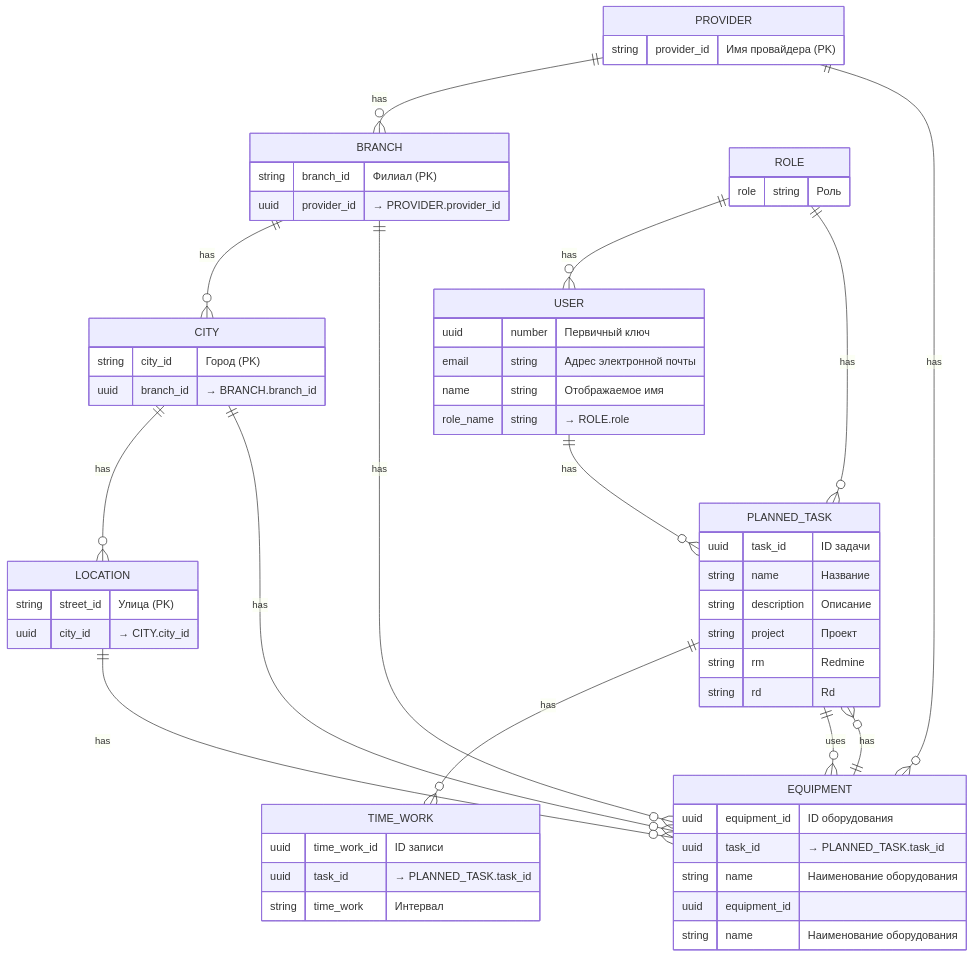
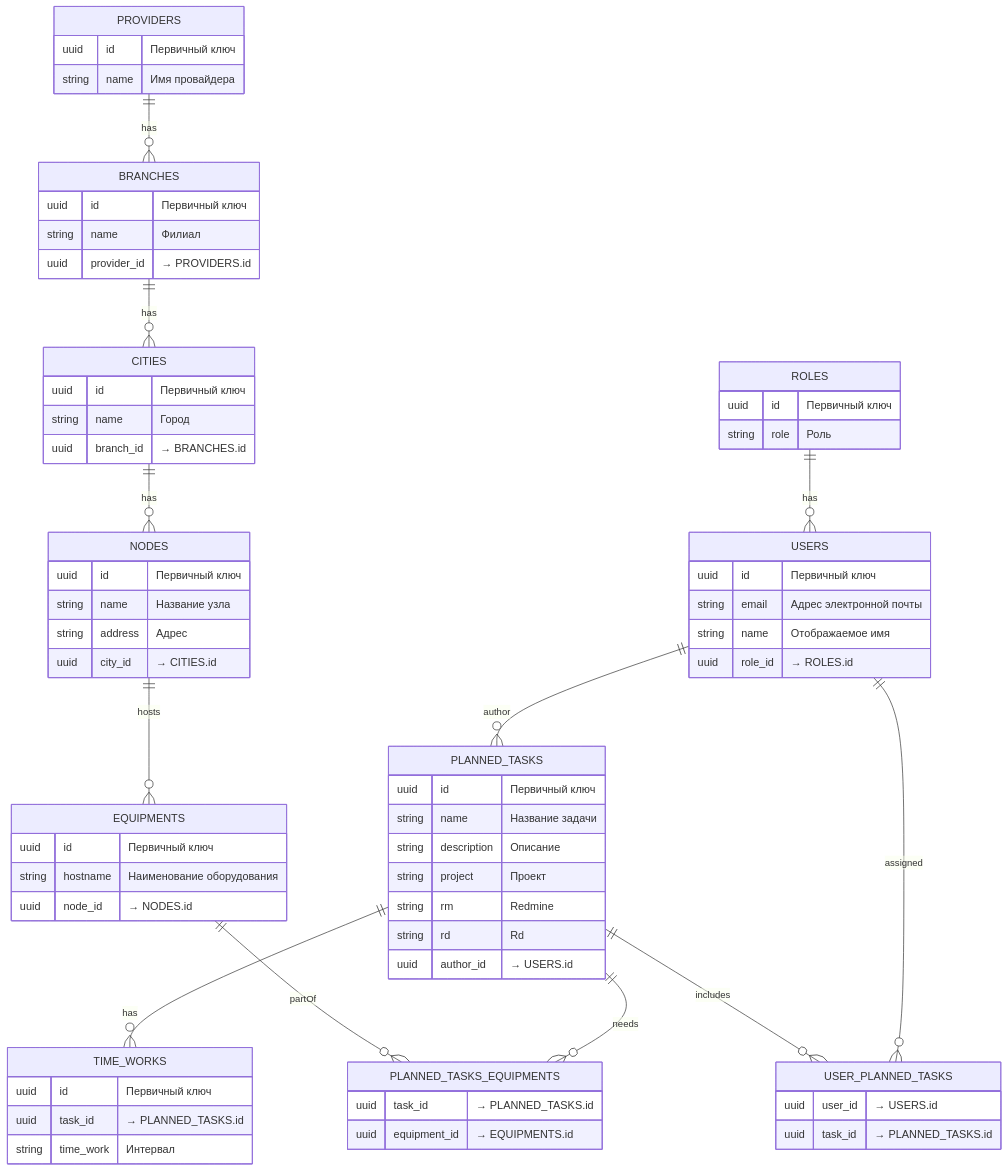
One commit to yushachkov01/new_ntPlanner changed the diagram in project-schemas/hasuraScheme.md. Above: the diagram before and after it, drawn with Mermaid.

Commit message:
Исправил схему хасуры

````diff
--- a/project-schemas/hasuraScheme.md
+++ b/project-schemas/hasuraScheme.md
@@ -3,79 +3,90 @@
 ```mermaid
 erDiagram
-    PLANNED_TASK {
-        uuid task_id      "ID задачи"
-        string name         "Название"
-        string description  "Описание"
-        string project      "Проект"
-        string rm           "Redmine"
-        string rd           "Rd"
+    PROVIDERS {
+        uuid   id   "Первичный ключ"
+        string name "Имя провайдера"
     }
 
-    TIME_WORK {
-        uuid time_work_id "ID записи"
-        uuid task_id      "→ PLANNED_TASK.task_id"
-        string time_work    "Интервал "
+    BRANCHES {
+        uuid   id          "Первичный ключ"
+        string name        "Филиал"
+        uuid   provider_id "→ PROVIDERS.id"
     }
 
-    EQUIPMENT {
-        uuid equipment_id "ID оборудования"
-        uuid task_id      "→ PLANNED_TASK.task_id"
-        string name         "Наименование оборудования"
+    CITIES {
+        uuid   id        "Первичный ключ"
+        string name      "Город"
+        uuid   branch_id "→ BRANCHES.id"
     }
 
-    %% связи «1 ко многим»
-    PLANNED_TASK ||--o{ TIME_WORK : has
-    PLANNED_TASK ||--o{ EQUIPMENT : uses
-    EQUIPMENT ||--o{ PLANNED_TASK : has
+    NODES {
+        uuid   id      "Первичный ключ"
+        string name    "Название узла"
+        string address "Адрес"
+        uuid   city_id "→ CITIES.id"
+    }
+
+    EQUIPMENTS {
+        uuid   id       "Первичный ключ"
+        string hostname "Наименование оборудования"
+        uuid   node_id  "→ NODES.id"
+    }
+
+    PLANNED_TASKS {
+        uuid   id          "Первичный ключ"
+        string name        "Название задачи"
+        string description "Описание"
+        string project     "Проект"
+        string rm          "Redmine"
+        string rd          "Rd"
+        uuid   author_id   "→ USERS.id"
+    }
+
+    TIME_WORKS {
+        uuid   id       "Первичный ключ"
+        uuid   task_id  "→ PLANNED_TASKS.id"
+        string time_work "Интервал"
+    }
+
+    USERS {
+        uuid   id      "Первичный ключ"
+        string email   "Адрес электронной почты"
+        string name    "Отображаемое имя"
+        uuid   role_id "→ ROLES.id"
+    }
+
+    ROLES {
+        uuid   id   "Первичный ключ"
+        string role "Роль"
+    }
+
+    USER_PLANNED_TASKS {
+        uuid user_id "→ USERS.id"
+        uuid task_id "→ PLANNED_TASKS.id"
+    }
+
+    PLANNED_TASKS_EQUIPMENTS {
+        uuid task_id      "→ PLANNED_TASKS.id"
+        uuid equipment_id "→ EQUIPMENTS.id"
+    }
+
+    PROVIDERS   ||--o{ BRANCHES                  : has
+    BRANCHES    ||--o{ CITIES                    : has
+    CITIES      ||--o{ NODES                     : has
+    NODES       ||--o{ EQUIPMENTS                : hosts
+
+    ROLES       ||--o{ USERS                     : has
+    USERS       ||--o{ PLANNED_TASKS             : author
+
+    PLANNED_TASKS ||--o{ TIME_WORKS              : has
+
+    %% N:M «пользователи ↔ задачи»
+    USERS          ||--o{ USER_PLANNED_TASKS     : assigned
+    PLANNED_TASKS  ||--o{ USER_PLANNED_TASKS     : includes
+
+    %% N:M «задачи ↔ оборудование»
+    PLANNED_TASKS  ||--o{ PLANNED_TASKS_EQUIPMENTS : needs
+    EQUIPMENTS     ||--o{ PLANNED_TASKS_EQUIPMENTS : partOf
 
 
-    PROVIDER {
-        string provider_id    "Имя провайдера (PK)"
-    }
-
-    BRANCH {
-        string branch_id      "Филиал (PK)"
-        uuid provider_id    "→ PROVIDER.provider_id"
-    }
-
-    CITY {
-        string city_id        "Город (PK)"
-        uuid branch_id      "→ BRANCH.branch_id"
-    }
-
-    LOCATION {
-        string street_id      "Улица (PK)"
-        uuid city_id        "→ CITY.city_id"
-    }
-    EQUIPMENT {
-    uuid equipment_id
-    string name              "Наименование оборудования"
-    }
-
-    %% связи «1 ко многим»
-    PROVIDER ||--o{ BRANCH : has
-    PROVIDER ||--o{ EQUIPMENT : has
-    BRANCH   ||--o{ CITY   : has
-    BRANCH   ||--o{ EQUIPMENT   : has
-    CITY     ||--o{ LOCATION : has
-    CITY     ||--o{ EQUIPMENT : has
-    LOCATION   ||--o{ EQUIPMENT : has
-
-
-
-    USER {
-        uuid number "Первичный ключ"
-        email string "Адрес электронной почты"
-        name string "Отображаемое имя"
-        role_name string "→ ROLE.role"
-    }
-
-    ROLE {
-        role string "Роль"
-    }
-
-    %% связь «1 ROLE ко многим USER»
-    ROLE ||--o{ USER : has
-    ROLE ||--o{ PLANNED_TASK : has
-    USER ||--o{ PLANNED_TASK : has
 ```
````
